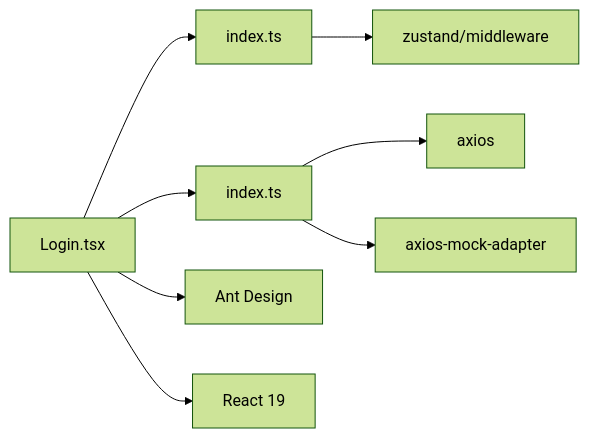
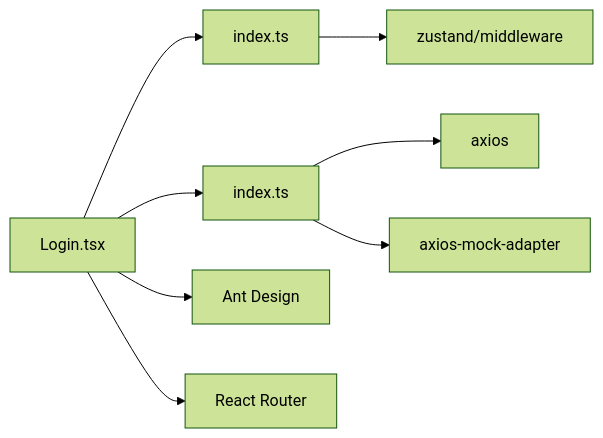
One commit to fengerzh/react-vscode-template changed the fifth of 5 diagrams in .qoder/repowiki/zh/content/核心特性/登录流程中的乐观更新.md. Above: the diagram before and after it, drawn with Mermaid (forest theme). The commit also changed other lines of this file and 15 other files, not shown here.

````diff
--- a/.qoder/repowiki/zh/content/核心特性/登录流程中的乐观更新.md
+++ b/.qoder/repowiki/zh/content/核心特性/登录流程中的乐观更新.md
@@ -158,10 +163,10 @@
 ```mermaid
 graph LR
 Login[Login.tsx] --> Store[index.ts]
 Login --> Services[index.ts]
 Store --> Zustand[zustand/middleware]
 Services --> Axios[axios]
 Services --> Mock[axios-mock-adapter]
 Login --> AntDesign[Ant Design]
-Login --> React[React 19]
+Login --> ReactRouter[React Router]
 ```
````
